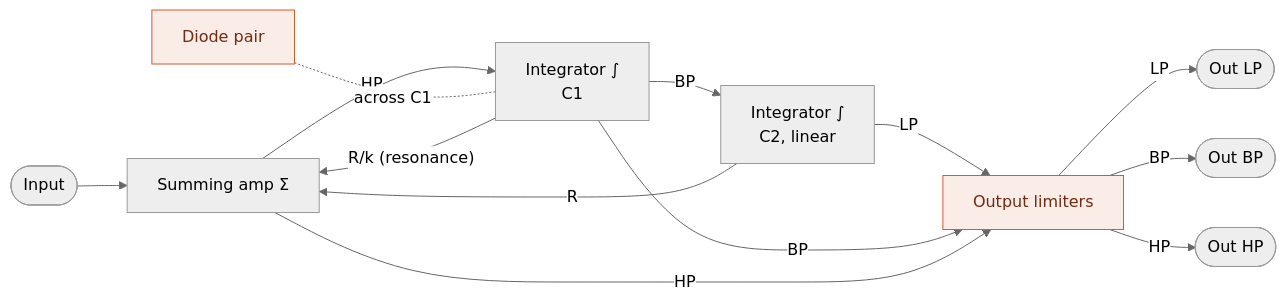
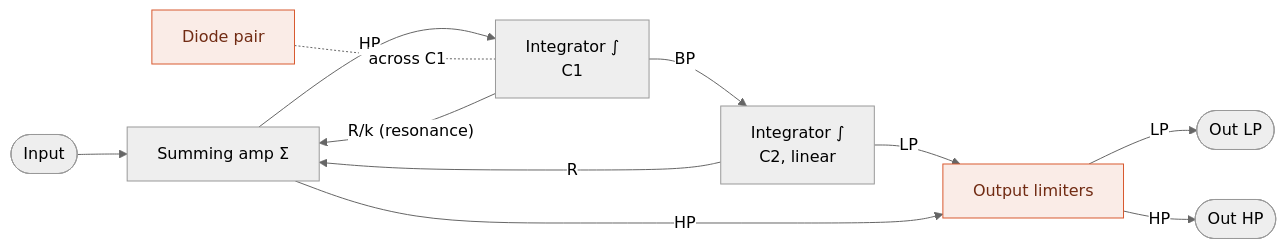
Before and after one commit to risgk/midi_synthesizer_spms1: the fourth of 6 diagrams in spms1_type2/README.md, drawn with Mermaid (neutral theme). The commit also changed other lines of this file and 7 other files, not shown here.

````diff
--- a/spms1_type2/README.md
+++ b/spms1_type2/README.md
@@ -291,17 +287,15 @@
 ```mermaid
 flowchart LR
   IN([Input]) --> A1["Summing amp Σ"]
   A1 -->|HP| A2["Integrator ∫<br/>C1"]
   D["Diode pair"] -.-|across C1| A2
   A2 -->|BP| A3["Integrator ∫<br/>C2, linear"]
   A3 -->|LP| LIM["Output limiters"]
-  A2 -->|BP| LIM
   A1 -->|HP| LIM
   LIM -->|LP| OUT_LP([Out LP])
-  LIM -->|BP| OUT_BP([Out BP])
   LIM -->|HP| OUT_HP([Out HP])
   A2 -->|"R/k (resonance)"| A1
   A3 -->|R| A1
   classDef nl fill:#FAECE7,stroke:#D85A30,color:#712B13
   class D,LIM nl
 ```
````
